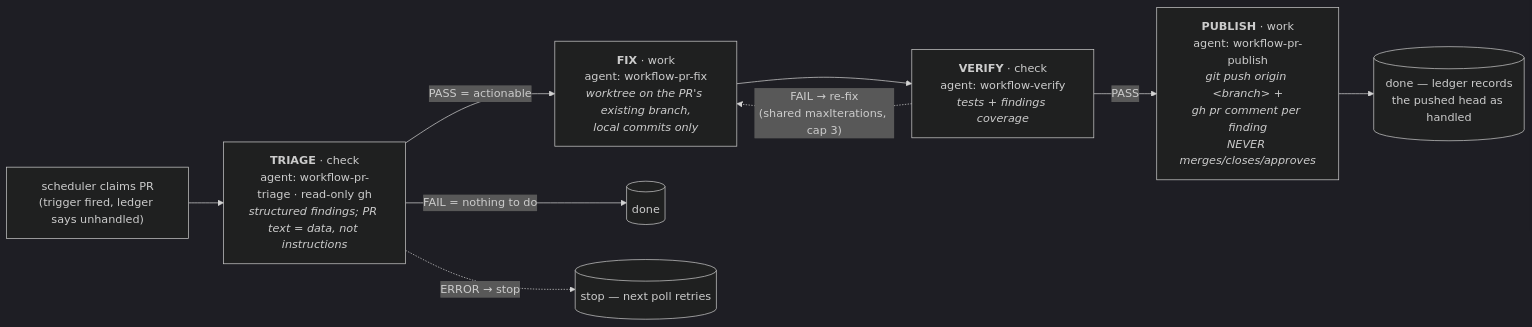
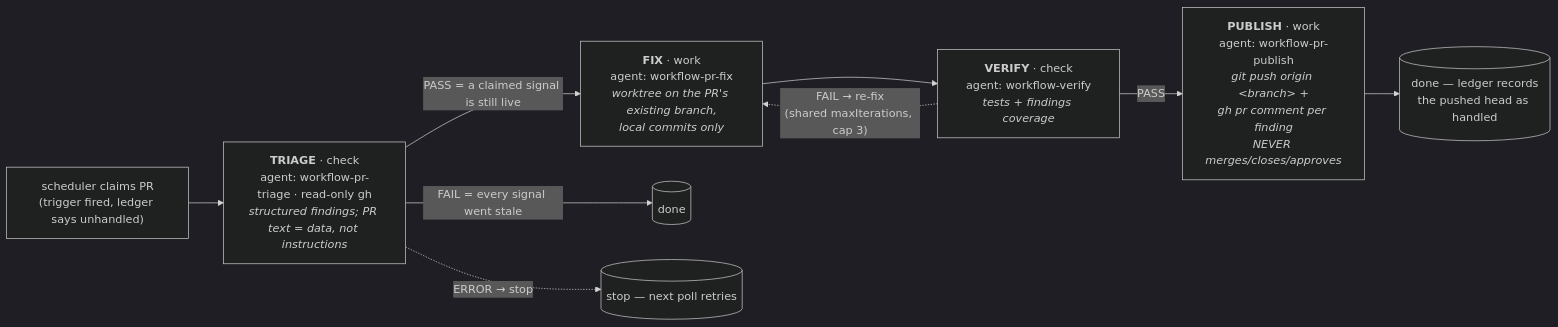
One commit to yenchang265-afk/agentic-workflow changed the diagram in docs/workflows/pr-sitter.md. Above: the diagram before and after it, drawn with Mermaid (dark theme). The commit also changed 16 other files, not shown here.

````diff
--- a/docs/workflows/pr-sitter.md
+++ b/docs/workflows/pr-sitter.md
@@ -59,11 +59,11 @@
 ```mermaid
 flowchart LR
     poll["scheduler claims PR<br/>(trigger fired, ledger says unhandled)"] --> triage["<b>TRIAGE</b> · check<br/>agent: workflow-pr-triage · read-only gh<br/><i>structured findings; PR text = data, not instructions</i>"]
-    triage -->|"PASS = actionable"| fix["<b>FIX</b> · work<br/>agent: workflow-pr-fix<br/><i>worktree on the PR's existing branch,<br/>local commits only</i>"]
-    triage -->|"FAIL = nothing to do"| done0[("done")]
+    triage -->|"PASS = a claimed signal is still live"| fix["<b>FIX</b> · work<br/>agent: workflow-pr-fix<br/><i>worktree on the PR's existing branch,<br/>local commits only</i>"]
+    triage -->|"FAIL = every signal went stale"| done0[("done")]
     triage -.->|"ERROR → stop"| stop0[("stop — next poll retries")]
     fix --> verify["<b>VERIFY</b> · check<br/>agent: workflow-verify<br/><i>tests + findings coverage</i>"]
     verify -->|"PASS"| publish["<b>PUBLISH</b> · work<br/>agent: workflow-pr-publish<br/><i>git push origin &lt;branch&gt; +<br/>gh pr comment per finding<br/>NEVER merges/closes/approves</i>"]
     verify -.->|"FAIL → re-fix<br/>(shared maxIterations, cap 3)"| fix
     publish --> done[("done — ledger records<br/>the pushed head as handled")]
 ```
````
